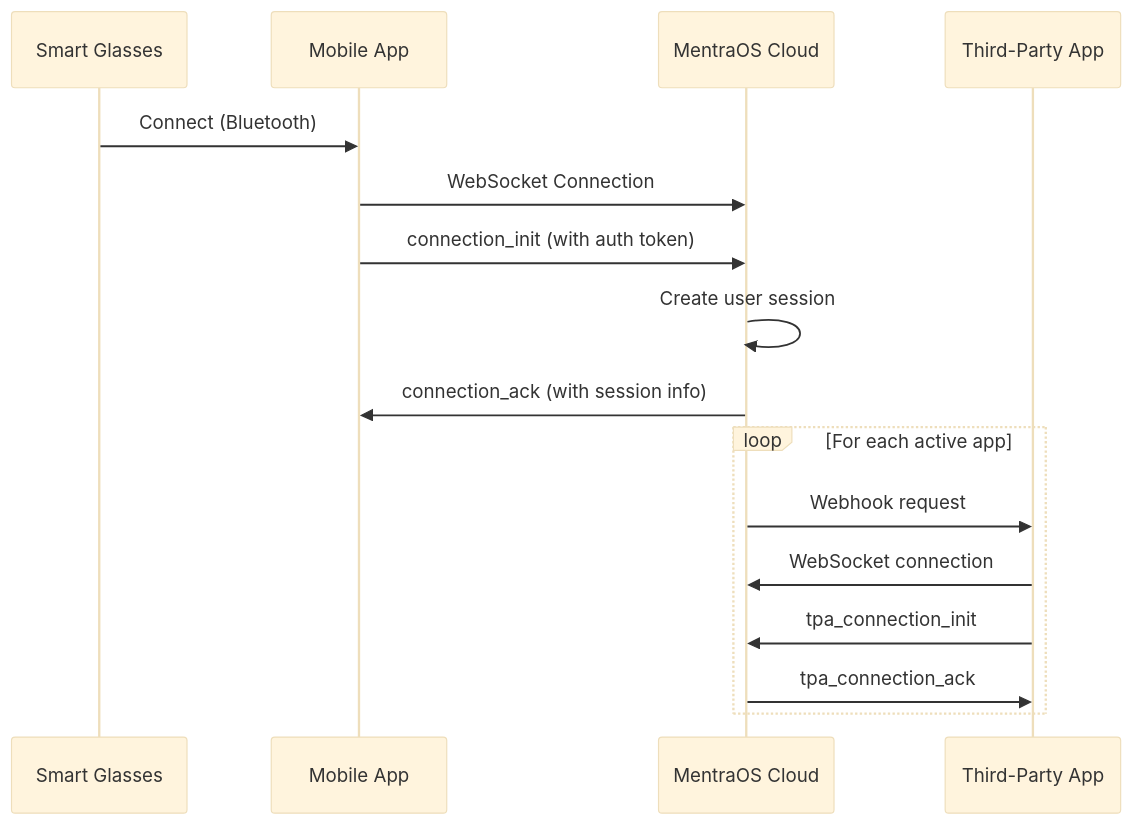
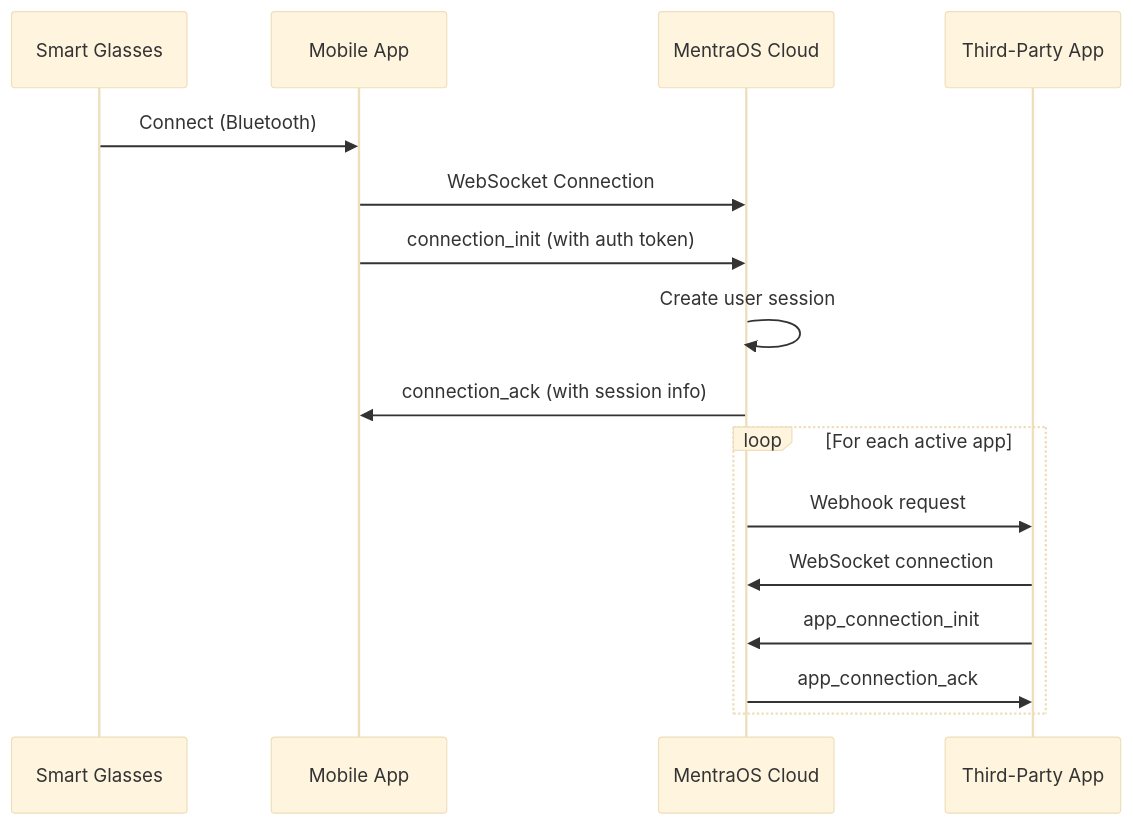
Before and after one commit to ebowwa/MentraOS: the second of 4 diagrams in augmentos_cloud/docs/1. SYSTEM-ARCHITECTURE.md, drawn with Mermaid (base theme). The commit also changed other lines of this file and 280 other files, not shown here.

Commit message:
change tpa to app in text

````diff
--- a/augmentos_cloud/docs/1. SYSTEM-ARCHITECTURE.md
+++ b/augmentos_cloud/docs/1. SYSTEM-ARCHITECTURE.md
@@ -162,20 +162,20 @@
 ```mermaid
 sequenceDiagram
     participant Glasses as Smart Glasses
     participant Phone as Mobile App
     participant Cloud as MentraOS Cloud
-    participant TPA as Third-Party App
+    participant App as Third-Party App
 
     Glasses->>Phone: Connect (Bluetooth)
     Phone->>Cloud: WebSocket Connection
     Phone->>Cloud: connection_init (with auth token)
     Cloud->>Cloud: Create user session
     Cloud->>Phone: connection_ack (with session info)
 
     loop For each active app
-        Cloud->>TPA: Webhook request
-        TPA->>Cloud: WebSocket connection
-        TPA->>Cloud: tpa_connection_init
-        Cloud->>TPA: tpa_connection_ack
+        Cloud->>App: Webhook request
+        App->>Cloud: WebSocket connection
+        App->>Cloud: app_connection_init
+        Cloud->>App: app_connection_ack
     end
 ```
````
